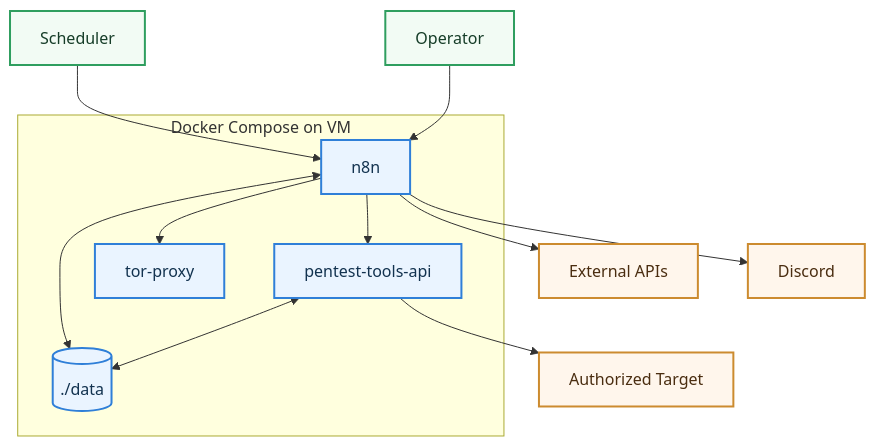
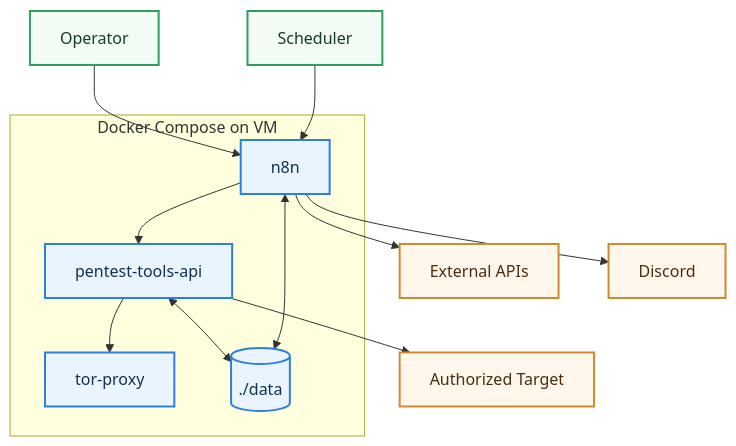
The first of 2 diagrams in README.md (Shenal01/Hacksm-AutoRecon), drawn with Mermaid before and after one commit. The commit also changed other lines of this file and 1 other file, not shown here.

Commit message:
docs: align architecture diagrams with actual workflow behavior

````diff
--- a/README.md
+++ b/README.md
@@ -39,35 +39,35 @@
 ```mermaid
 flowchart TB
     U[Operator]
     CRON[Scheduler]
     TGT[Authorized Target]
     API[External APIs]
     DISCORD[Discord]
 
     subgraph STACK[Docker Compose on VM]
         N8N[n8n]
         TOOLS[pentest-tools-api]
         TOR[tor-proxy]
         DATA[(./data)]
     end
 
     U --> N8N
     CRON --> N8N
     N8N --> TOOLS
-    N8N --> TOR
+    TOOLS --> TOR
 
     TOOLS <--> DATA
     N8N <--> DATA
 
     TOOLS --> TGT
     N8N --> API
     N8N --> DISCORD
 
     classDef core fill:#eaf4ff,stroke:#2f7fd8,stroke-width:2px,color:#12324f;
     classDef svc fill:#f2fbf4,stroke:#2f9e5f,stroke-width:2px,color:#163d28;
     classDef ext fill:#fff6ec,stroke:#cc8b2f,stroke-width:2px,color:#4a2d10;
 
     class N8N,TOOLS,TOR,DATA core;
     class U,CRON svc;
     class TGT,API,DISCORD ext;
 ```
````
